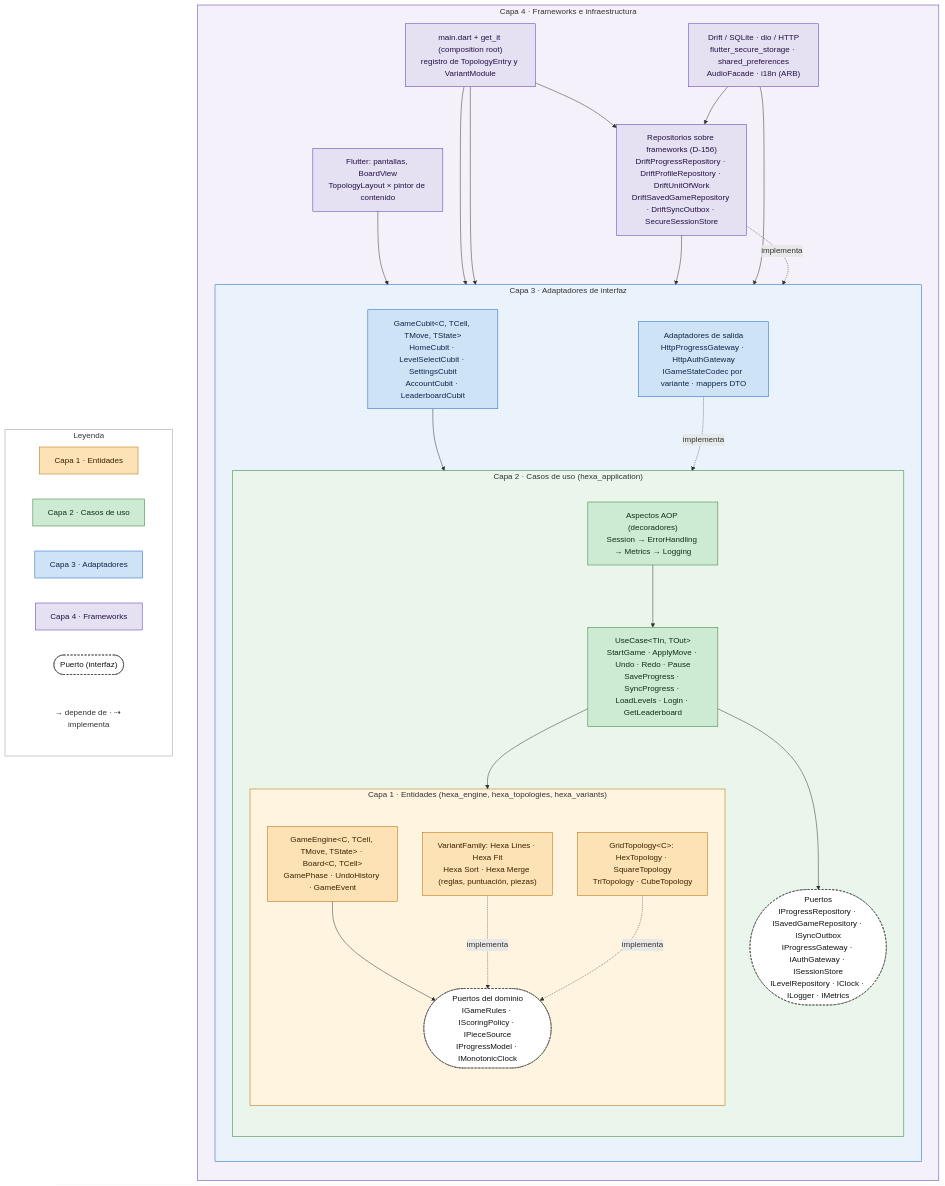
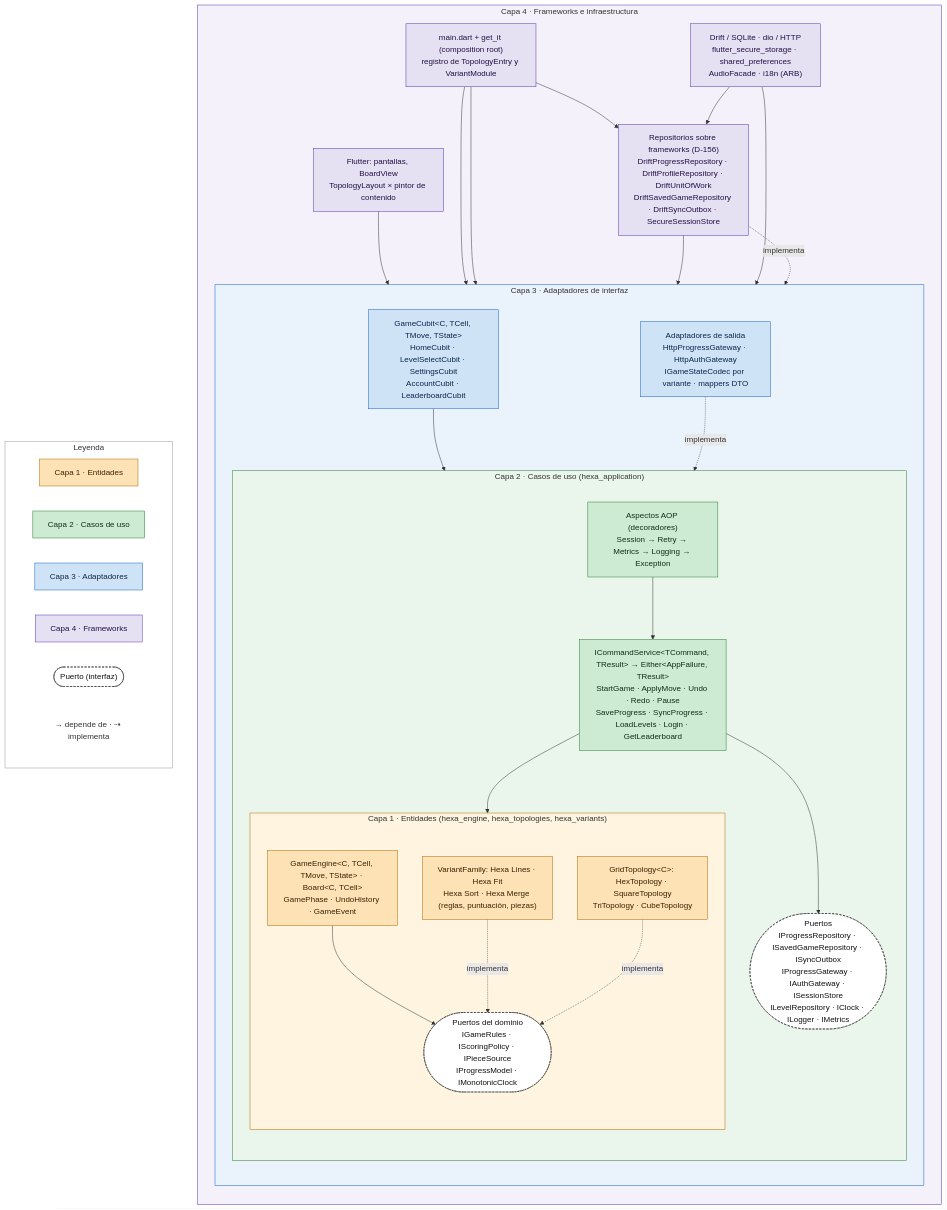
One commit to DanielHaro28/hexablock-app changed the diagram in docs/diagrams/capas.mmd. Above: the diagram before and after it, drawn with Mermaid. The commit also changed 39 other files, not shown here.

First line of the commit message:
feat(application): return Either from a single ICommandService (TEC-03, 1/3) (#151)

```diff
--- a/docs/diagrams/capas.mmd
+++ b/docs/diagrams/capas.mmd
@@ -1,71 +1,71 @@
 %% Diagrama de capas Clean de hexablock-app (enunciado §4.2). Fuente editable; la imagen es capas.png
 flowchart TB
     subgraph L4["Capa 4 · Frameworks e infraestructura"]
         direction TB
         UI["Flutter: pantallas, BoardView<br/>TopologyLayout × pintor de contenido"]
         FW["Drift / SQLite · dio / HTTP<br/>flutter_secure_storage · shared_preferences<br/>AudioFacade · i18n (ARB)"]
         ROOT["main.dart + get_it (composition root)<br/>registro de TopologyEntry y VariantModule"]
         REPO["Repositorios sobre frameworks (D-156)<br/>DriftProgressRepository · DriftProfileRepository · DriftUnitOfWork<br/>DriftSavedGameRepository · DriftSyncOutbox · SecureSessionStore"]
         subgraph L3["Capa 3 · Adaptadores de interfaz"]
             direction TB
             CUB["GameCubit&lt;C, TCell, TMove, TState&gt;<br/>HomeCubit · LevelSelectCubit · SettingsCubit<br/>AccountCubit · LeaderboardCubit"]
             ADP["Adaptadores de salida<br/>HttpProgressGateway · HttpAuthGateway<br/>IGameStateCodec por variante · mappers DTO"]
             subgraph L2["Capa 2 · Casos de uso (hexa_application)"]
                 direction TB
-                UC["UseCase&lt;TIn, TOut&gt;<br/>StartGame · ApplyMove · Undo · Redo · Pause<br/>SaveProgress · SyncProgress · LoadLevels · Login · GetLeaderboard"]
-                ASP["Aspectos AOP (decoradores)<br/>Session → ErrorHandling → Metrics → Logging"]
+                UC["ICommandService&lt;TCommand, TResult&gt; → Either&lt;AppFailure, TResult&gt;<br/>StartGame · ApplyMove · Undo · Redo · Pause<br/>SaveProgress · SyncProgress · LoadLevels · Login · GetLeaderboard"]
+                ASP["Aspectos AOP (decoradores)<br/>Session → Retry → Metrics → Logging → Exception"]
                 PORT(["Puertos<br/>IProgressRepository · ISavedGameRepository · ISyncOutbox<br/>IProgressGateway · IAuthGateway · ISessionStore<br/>ILevelRepository · IClock · ILogger · IMetrics"])
                 subgraph L1["Capa 1 · Entidades (hexa_engine, hexa_topologies, hexa_variants)"]
                     direction TB
                     ENG["GameEngine&lt;C, TCell, TMove, TState&gt; · Board&lt;C, TCell&gt;<br/>GamePhase · UndoHistory · GameEvent"]
                     TOP["GridTopology&lt;C&gt;: HexTopology · SquareTopology<br/>TriTopology · CubeTopology"]
                     VAR["VariantFamily: Hexa Lines · Hexa Fit<br/>Hexa Sort · Hexa Merge (reglas, puntuación, piezas)"]
                     DPORT(["Puertos del dominio<br/>IGameRules · IScoringPolicy · IPieceSource<br/>IProgressModel · IMonotonicClock"])
                 end
             end
         end
     end
 
     UI --> CUB
     ROOT --> CUB
     ROOT --> ADP
     ROOT --> REPO
     FW --> REPO
     REPO --> ADP
     FW --> ADP
     CUB --> ASP
     ASP --> UC
     UC --> PORT
     ADP -. implementa .-> PORT
     REPO -. implementa .-> PORT
     UC --> ENG
     ENG --> DPORT
     VAR -. implementa .-> DPORT
     TOP -. implementa .-> DPORT
 
     subgraph LEG["Leyenda"]
         direction LR
         K1["Capa 1 · Entidades"]:::c1
         K2["Capa 2 · Casos de uso"]:::c2
         K3["Capa 3 · Adaptadores"]:::c3
         K4["Capa 4 · Frameworks"]:::c4
         KP(["Puerto (interfaz)"]):::port
         KA["→ depende de · ⇢ implementa"]:::note
     end
 
     classDef c1 fill:#FDE2B5,stroke:#B26A00,color:#3A2300
     classDef c2 fill:#CDEBD3,stroke:#2E7D32,color:#0F2E13
     classDef c3 fill:#CFE3F7,stroke:#1565C0,color:#0B2747
     classDef c4 fill:#E6E0F3,stroke:#5E35B1,color:#221144
     classDef port fill:#FFFFFF,stroke:#333333,stroke-dasharray:4 3,color:#111111
     classDef note fill:#FFFFFF,stroke:#FFFFFF,color:#333333
     class ENG,TOP,VAR c1
     class UC,ASP c2
     class CUB,ADP c3
     class UI,FW,ROOT,REPO c4
     class PORT,DPORT port
     style L1 fill:#FFF4E0,stroke:#B26A00
     style L2 fill:#EAF6EC,stroke:#2E7D32
     style L3 fill:#EAF2FB,stroke:#1565C0
     style L4 fill:#F4F1FA,stroke:#5E35B1
     style LEG fill:#FFFFFF,stroke:#999999
```
